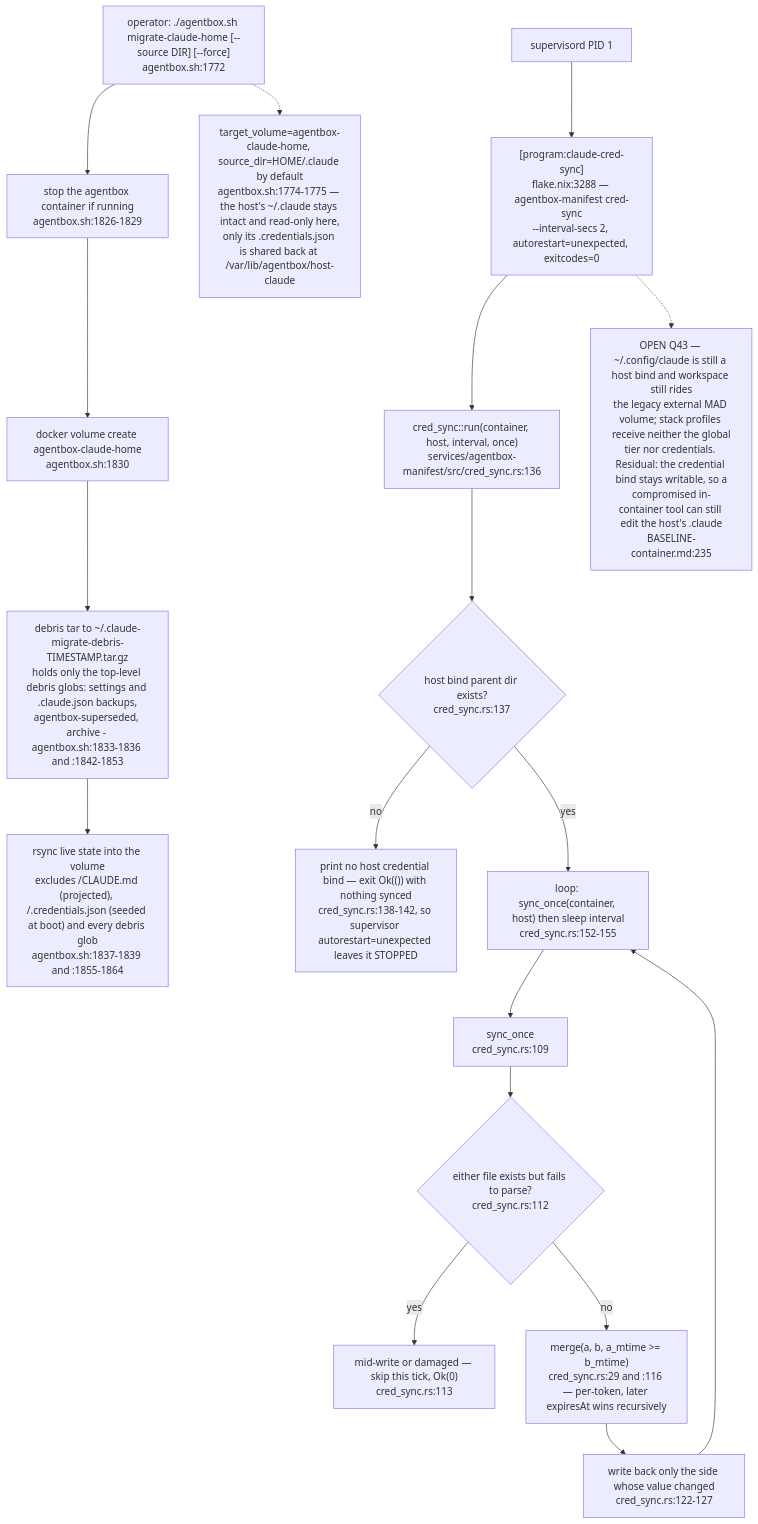
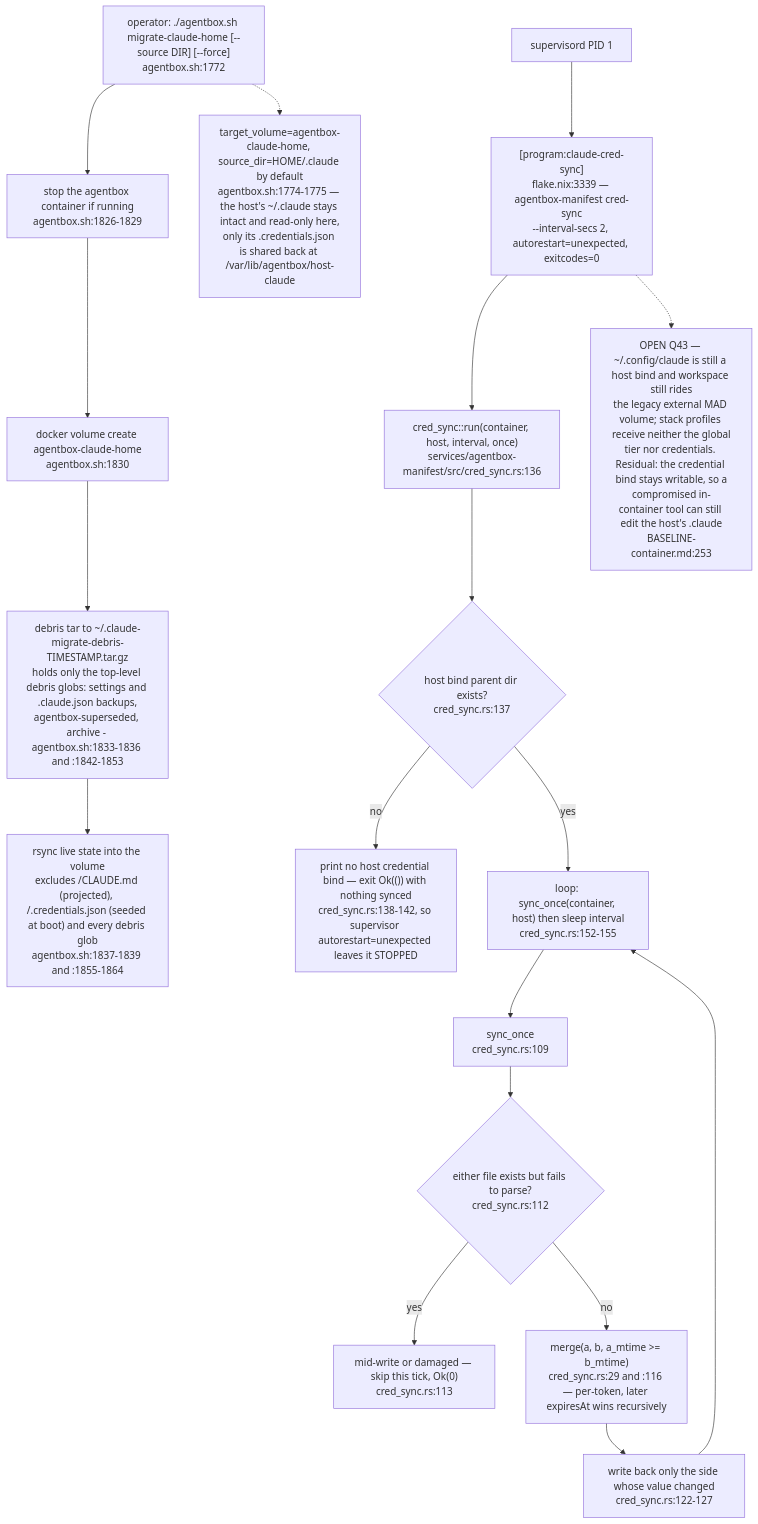
One commit to DreamLab-AI/VisionFlow changed diagram 11 of 11 in docs/diagrams/agentbox/07-daemons-reapers-cron-backups.md. Above: the diagram before and after it, drawn with Mermaid. The commit also changed other lines of this file and 36 other files, not shown here.

First line of the commit message:
docs(diagrams): re-derive and re-stamp agentbox, dream-engine, visioncraft, visiontouch and vowl topics; drop LAN addresses

````diff
--- a/docs/diagrams/agentbox/07-daemons-reapers-cron-backups.md
+++ b/docs/diagrams/agentbox/07-daemons-reapers-cron-backups.md
@@ -416,22 +426,22 @@
 ```mermaid
 flowchart TD
     MIG["operator: ./agentbox.sh migrate-claude-home [--source DIR] [--force]<br/>agentbox.sh:1772"] --> STOP["stop the agentbox container if running<br/>agentbox.sh:1826-1829"]
     STOP --> VOL["docker volume create agentbox-claude-home<br/>agentbox.sh:1830"]
     VOL --> DEB["debris tar to ~/.claude-migrate-debris-TIMESTAMP.tar.gz<br/>holds only the top-level debris globs: settings and .claude.json backups,<br/>agentbox-superseded, archive - agentbox.sh:1833-1836 and :1842-1853"]
     DEB --> RSYNC["rsync live state into the volume<br/>excludes /CLAUDE.md (projected), /.credentials.json (seeded at boot) and every debris glob<br/>agentbox.sh:1837-1839 and :1855-1864"]
 
-    SUP["supervisord PID 1"] --> CS["[program:claude-cred-sync]<br/>flake.nix:3288 — agentbox-manifest cred-sync<br/>--interval-secs 2, autorestart=unexpected, exitcodes=0"]
+    SUP["supervisord PID 1"] --> CS["[program:claude-cred-sync]<br/>flake.nix:3339 — agentbox-manifest cred-sync<br/>--interval-secs 2, autorestart=unexpected, exitcodes=0"]
     CS --> RUN["cred_sync::run(container, host, interval, once)<br/>services/agentbox-manifest/src/cred_sync.rs:136"]
     RUN --> GATE{"host bind parent dir exists?<br/>cred_sync.rs:137"}
     GATE -->|no| EXIT0["print no host credential bind — exit Ok(()) with nothing synced<br/>cred_sync.rs:138-142, so supervisor autorestart=unexpected leaves it STOPPED"]
     GATE -->|yes| LOOP["loop: sync_once(container, host) then sleep interval<br/>cred_sync.rs:152-155"]
     LOOP --> SO["sync_once<br/>cred_sync.rs:109"]
     SO --> TORN{"either file exists but fails to parse?<br/>cred_sync.rs:112"}
     TORN -->|yes| WAIT["mid-write or damaged — skip this tick, Ok(0)<br/>cred_sync.rs:113"]
     TORN -->|no| MERGE["merge(a, b, a_mtime >= b_mtime)<br/>cred_sync.rs:29 and :116 — per-token, later expiresAt wins recursively"]
     MERGE --> WRITE["write back only the side whose value changed<br/>cred_sync.rs:122-127"]
     WRITE --> LOOP
 
     MIG -.-> NOTE1["target_volume=agentbox-claude-home, source_dir=HOME/.claude by default<br/>agentbox.sh:1774-1775 — the host's ~/.claude stays intact and read-only here,<br/>only its .credentials.json is shared back at /var/lib/agentbox/host-claude"]
-    CS -.-> Q43["OPEN Q43 — ~/.config/claude is still a host bind and workspace still rides<br/>the legacy external MAD volume; stack profiles receive neither the global<br/>tier nor credentials. Residual: the credential bind stays writable, so a<br/>compromised in-container tool can still edit the host's .claude<br/>BASELINE-container.md:235"]
+    CS -.-> Q43["OPEN Q43 — ~/.config/claude is still a host bind and workspace still rides<br/>the legacy external MAD volume; stack profiles receive neither the global<br/>tier nor credentials. Residual: the credential bind stays writable, so a<br/>compromised in-container tool can still edit the host's .claude<br/>BASELINE-container.md:253"]
 ```
````
